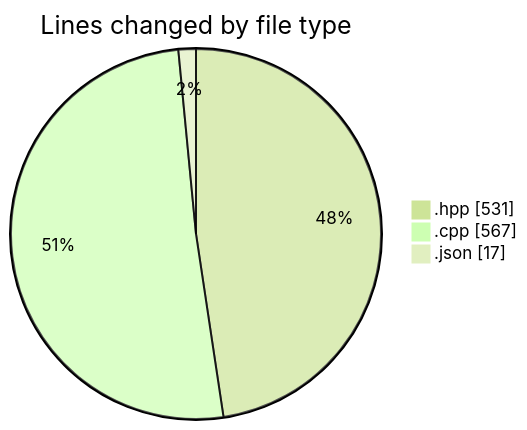
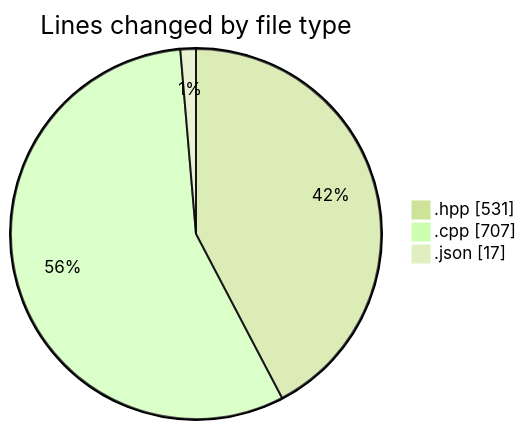
Before and after one commit to Netris89/code-tracking: the first of 2 diagrams in 2025-05-03/date/README.md, drawn with Mermaid (forest theme). The commit also changed other lines of this file and 1 other file, not shown here.

````diff
--- a/2025-05-03/date/README.md
+++ b/2025-05-03/date/README.md
@@ -29,7 +29,7 @@
 ```mermaid
 pie showData
 title Lines changed by file type
 ".hpp" : 531
-".cpp" : 567
+".cpp" : 707
 ".json" : 17
 ```
````
